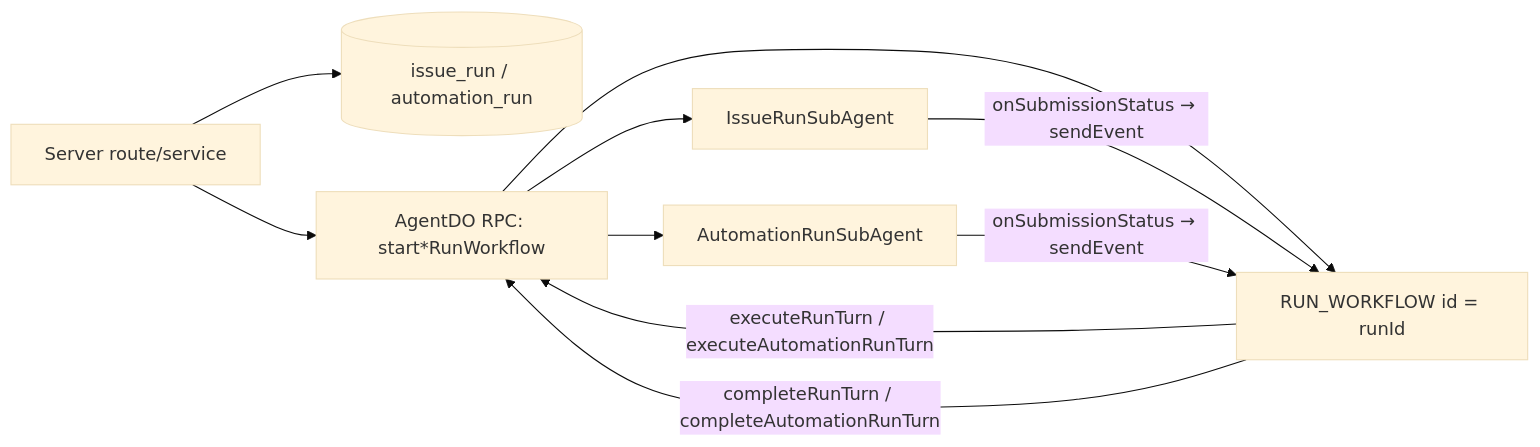
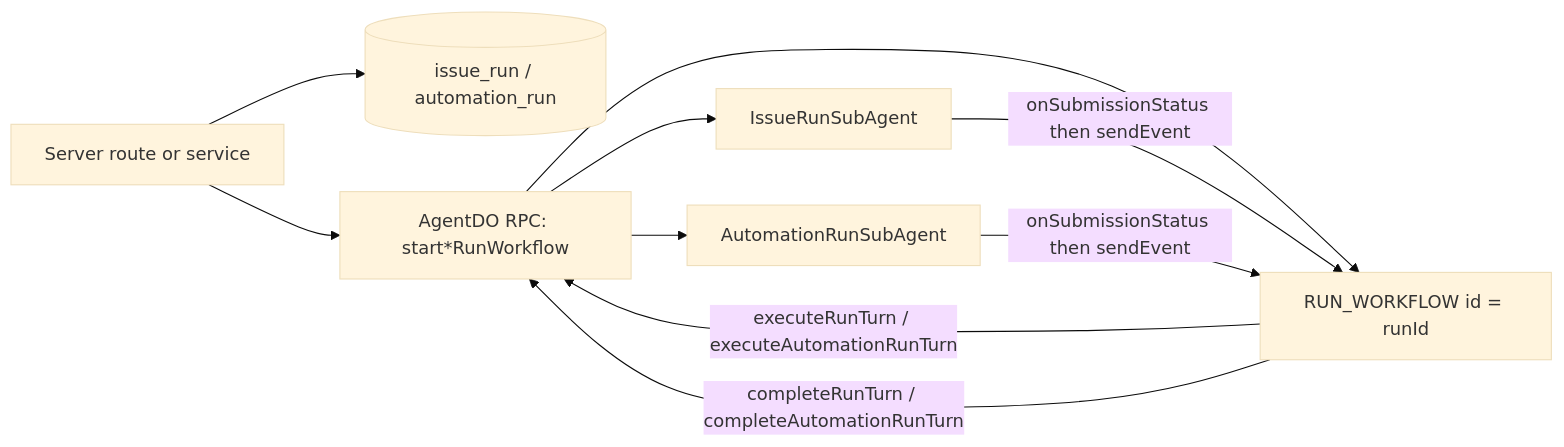
One commit to Flow-Research/garden changed the diagram in docs/concepts/architecture/run-engine.md. Above: the diagram before and after it, drawn with Mermaid (base theme). The commit also changed other lines of this file and 12 other files, not shown here.

Commit message:
docs(architecture): rewrite architecture concepts, map, and decisions against current code

````diff
--- a/docs/concepts/architecture/run-engine.md
+++ b/docs/concepts/architecture/run-engine.md
@@ -34,12 +23,12 @@
 ```mermaid
 flowchart LR
-  Route[Server route/service] --> Ledger[(issue_run / automation_run)]
+  Route[Server route or service] --> Ledger[(issue_run / automation_run)]
   Route --> AgentDO[AgentDO RPC: start*RunWorkflow]
   AgentDO --> Workflow[RUN_WORKFLOW id = runId]
   Workflow -->|executeRunTurn / executeAutomationRunTurn| AgentDO
   AgentDO --> IssueFacet[IssueRunSubAgent]
   AgentDO --> AutomationFacet[AutomationRunSubAgent]
-  IssueFacet -->|onSubmissionStatus → sendEvent| Workflow
-  AutomationFacet -->|onSubmissionStatus → sendEvent| Workflow
+  IssueFacet -->|onSubmissionStatus then sendEvent| Workflow
+  AutomationFacet -->|onSubmissionStatus then sendEvent| Workflow
   Workflow -->|completeRunTurn / completeAutomationRunTurn| AgentDO
 ```
````
